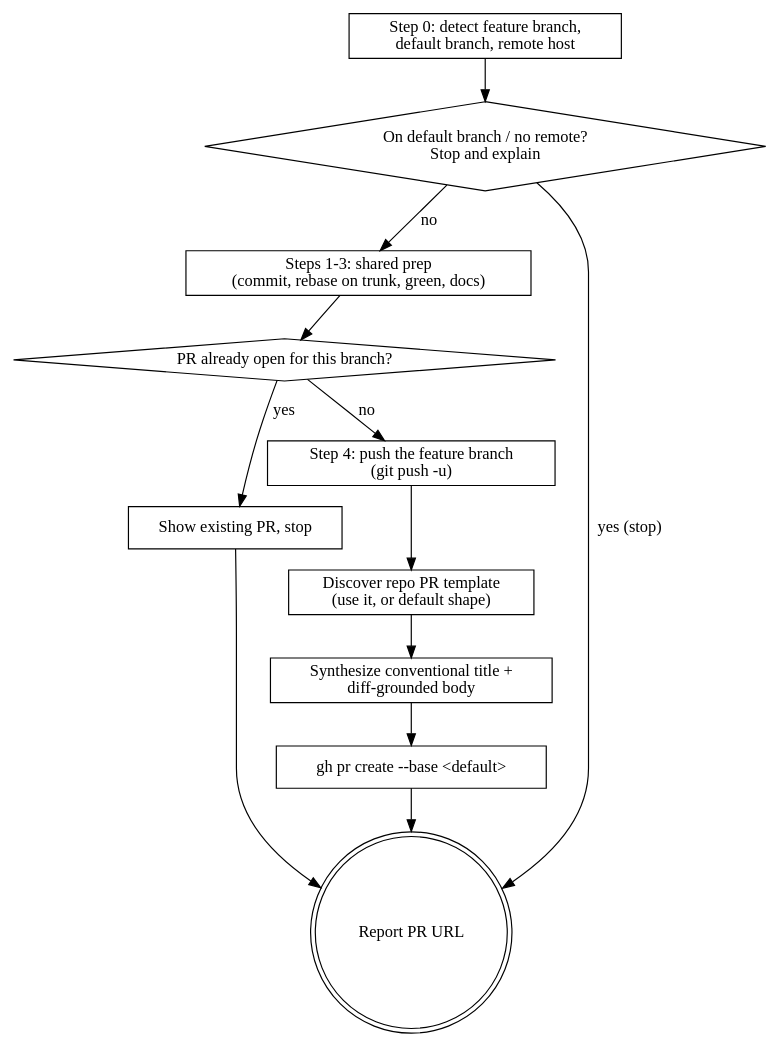
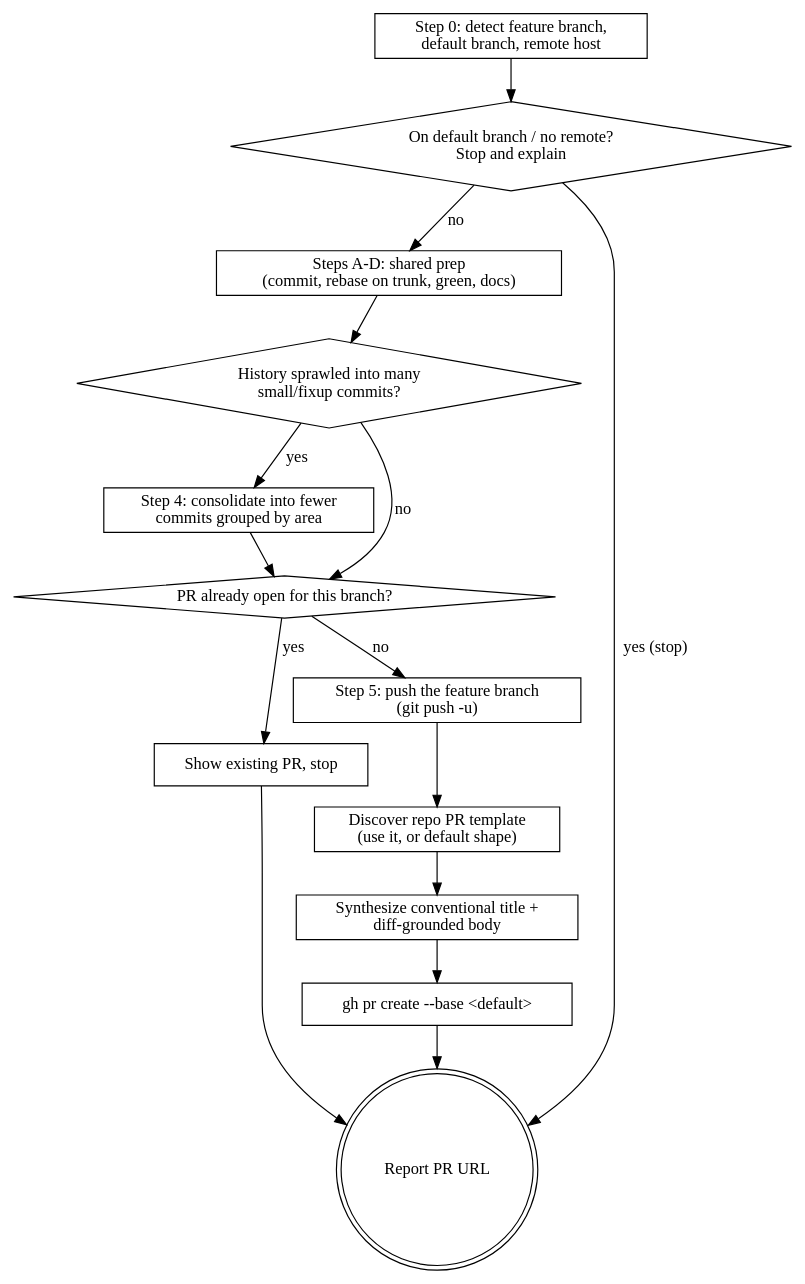
One commit to natelandau/cc-plugin changed the diagram in plugins/natelandau-toolkit/skills/pr/SKILL.md. Above: the diagram before and after it, drawn with Graphviz. The commit also changed other lines of this file and 1 other file, not shown here.

Commit message:
feat(pr): consolidate sprawling branches before opening a PR

````diff
--- a/plugins/natelandau-toolkit/skills/pr/SKILL.md
+++ b/plugins/natelandau-toolkit/skills/pr/SKILL.md
@@ -48,24 +48,29 @@
 ```dot
 digraph pr {
   rankdir=TB; node [shape=box];
   detect   [label="Step 0: detect feature branch,\ndefault branch, remote host"];
   refuse   [label="On default branch / no remote?\nStop and explain" shape=diamond];
-  prep     [label="Steps 1-3: shared prep\n(commit, rebase on trunk, green, docs)"];
+  prep     [label="Steps A-D: shared prep\n(commit, rebase on trunk, green, docs)"];
+  many     [label="History sprawled into many\nsmall/fixup commits?" shape=diamond];
+  regroup   [label="Step 4: consolidate into fewer\ncommits grouped by area"];
   exists   [label="PR already open for this branch?" shape=diamond];
   show     [label="Show existing PR, stop"];
-  push     [label="Step 4: push the feature branch\n(git push -u)"];
+  push     [label="Step 5: push the feature branch\n(git push -u)"];
   tmpl     [label="Discover repo PR template\n(use it, or default shape)"];
   body     [label="Synthesize conventional title +\ndiff-grounded body"];
   create   [label="gh pr create --base <default>"];
   done     [label="Report PR URL" shape=doublecircle];
 
   detect -> refuse;
   refuse -> done [label="yes (stop)"];
   refuse -> prep [label="no"];
-  prep -> exists;
+  prep -> many;
+  many -> regroup [label="yes"];
+  many -> exists [label="no"];
+  regroup -> exists;
   exists -> show [label="yes"];
   show -> done;
   exists -> push [label="no"];
   push -> tmpl -> body -> create -> done;
 }
 ```
````
